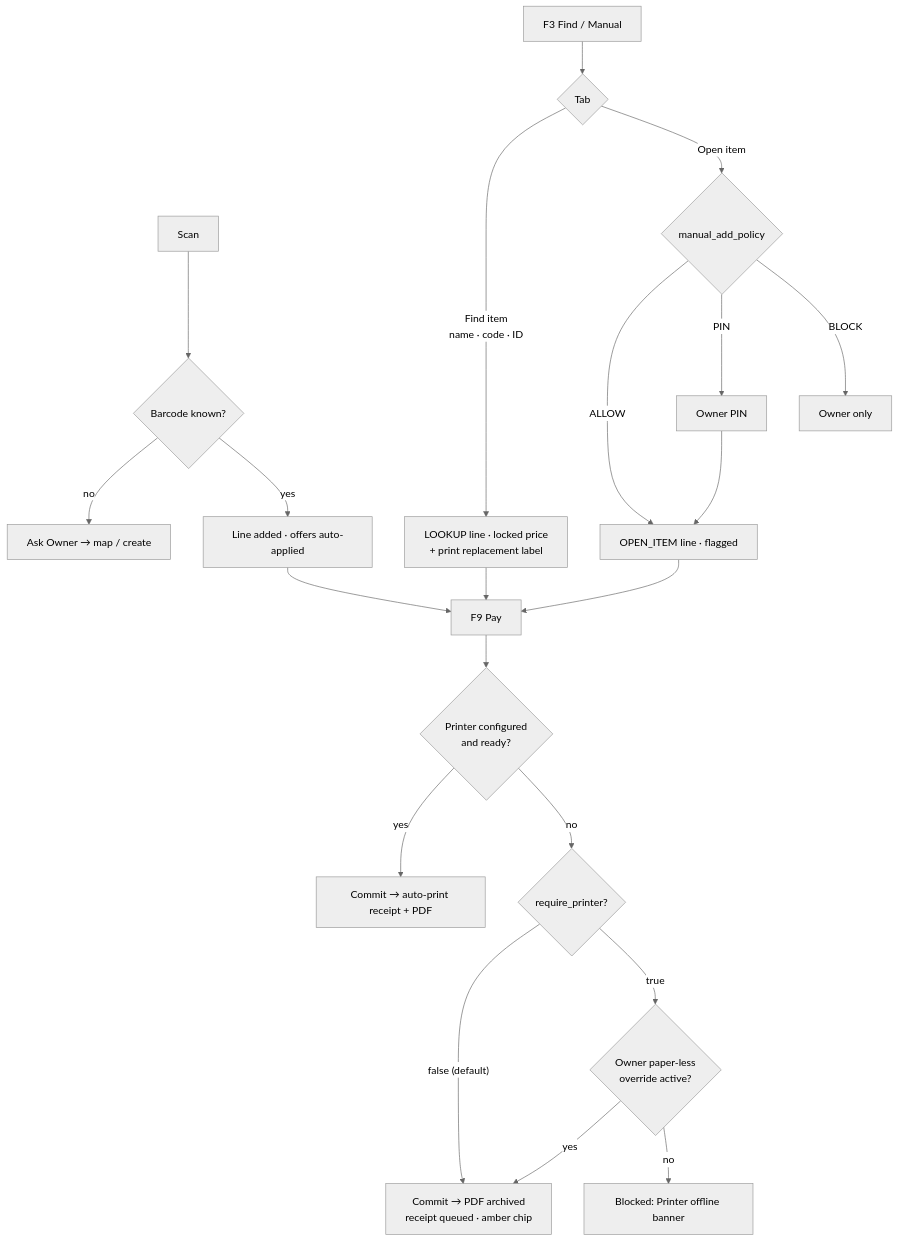
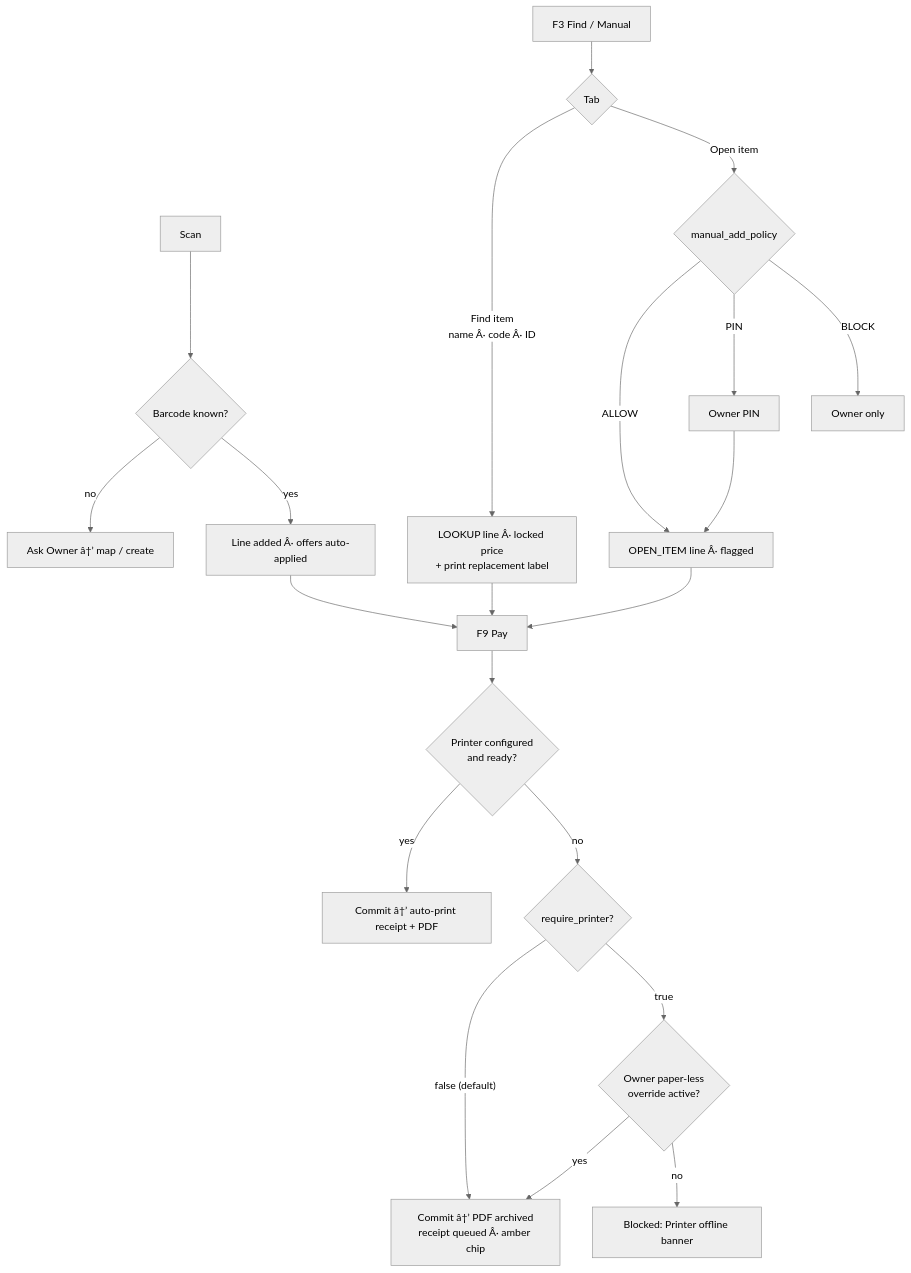
One commit to awsudemy01-stack/vaishnavi-stock-management changed the fourth of 4 diagrams in docs/05-billing-and-anti-theft.md. Above: the diagram before and after it, drawn with Mermaid (neutral theme). The commit also changed other lines of this file, not shown here.

````diff
--- a/docs/05-billing-and-anti-theft.md
+++ b/docs/05-billing-and-anti-theft.md
@@ -564,22 +581,22 @@
 ```mermaid
 flowchart TD
   A[Scan] --> B{Barcode known?}
-  B -- no --> C[Ask Owner → map / create]
-  B -- yes --> D[Line added · offers auto-applied]
+  B -- no --> C[Ask Owner â†’ map / create]
+  B -- yes --> D[Line added Â· offers auto-applied]
   M[F3 Find / Manual] --> N{Tab}
-  N -- Find item<br/>name · code · ID --> O1[LOOKUP line · locked price<br/>+ print replacement label]
+  N -- Find item<br/>name Â· code Â· ID --> O1[LOOKUP line Â· locked price<br/>+ print replacement label]
   N -- Open item --> N2{manual_add_policy}
-  N2 -- ALLOW --> O2[OPEN_ITEM line · flagged]
+  N2 -- ALLOW --> O2[OPEN_ITEM line Â· flagged]
   N2 -- PIN --> P[Owner PIN] --> O2
   N2 -- BLOCK --> Q[Owner only]
   O1 --> E
   O2 --> E
   D --> E[F9 Pay]
   E --> F{Printer configured<br/>and ready?}
-  F -- yes --> G[Commit → auto-print receipt + PDF]
+  F -- yes --> G[Commit â†’ auto-print receipt + PDF]
   F -- no --> R{require_printer?}
-  R -- false (default) --> I[Commit → PDF archived<br/>receipt queued · amber chip]
+  R -- false (default) --> I[Commit â†’ PDF archived<br/>receipt queued Â· amber chip]
   R -- true --> H{Owner paper-less<br/>override active?}
   H -- yes --> I
   H -- no --> J[Blocked: Printer offline banner]
 ```
````
